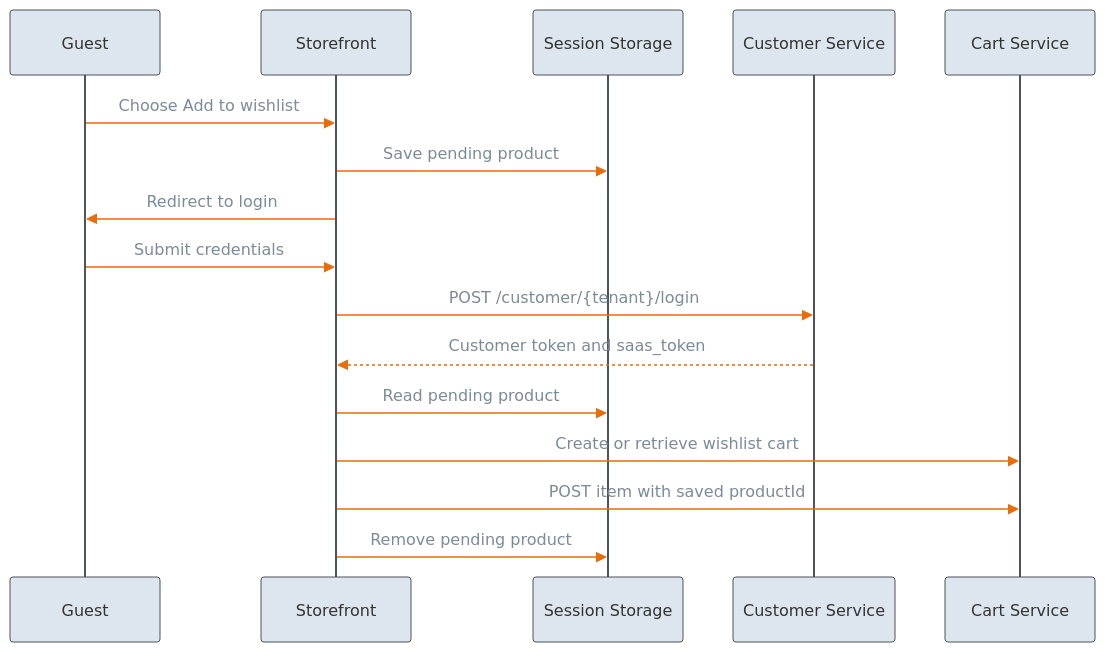
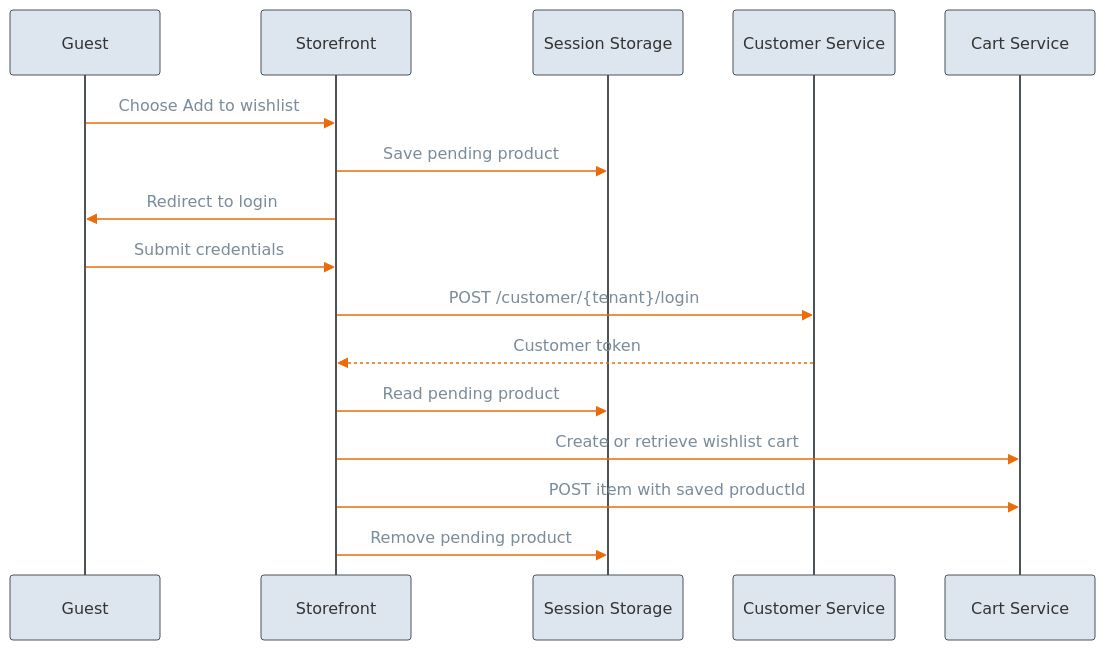
Before and after one commit to emporix/api-references: the diagram in checkout/cart/wishlist.md, drawn with Mermaid. The commit also changed other lines of this file and 3 other files, not shown here.

````diff
--- a/checkout/cart/wishlist.md
+++ b/checkout/cart/wishlist.md
@@ -195,33 +188,33 @@
 ```mermaid
 ---
 config:
   layout: fixed
   theme: base
   themeVariables:
     primaryColor: '#DDE6EE'
     primaryBorderColor: '#4C5359'
     actorBkg: '#DDE6EE'
     actorBorder: '#4C5359'
     actorLineColor: '#4C5359'
     signalColor: '#E86C07'
     signalTextColor: '#7B8B99'
     background: transparent
 ---
 sequenceDiagram
     participant Guest
     participant Storefront
     participant Storage as Session Storage
     participant Auth as Customer Service
     participant Cart as Cart Service
 
     Guest->>Storefront: Choose Add to wishlist
     Storefront->>Storage: Save pending product
     Storefront->>Guest: Redirect to login
     Guest->>Storefront: Submit credentials
     Storefront->>Auth: POST /customer/{tenant}/login
-    Auth-->>Storefront: Customer token and saas_token
+    Auth-->>Storefront: Customer token
     Storefront->>Storage: Read pending product
     Storefront->>Cart: Create or retrieve wishlist cart
     Storefront->>Cart: POST item with saved productId
     Storefront->>Storage: Remove pending product
 ```
````
